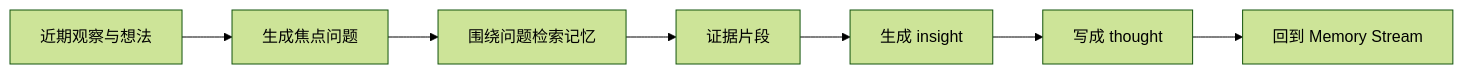
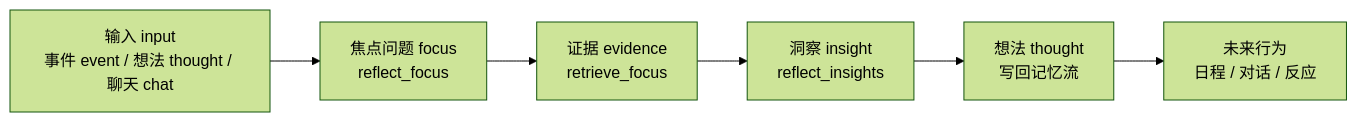
Before and after one commit to tbkken/GenerativeAgentsCN: the first of 2 diagrams in docs/book/manuscript/part_01/chapter_07.md, drawn with Mermaid (forest theme). The commit also changed other lines of this file and 16 other files, not shown here.

````diff
--- a/docs/book/manuscript/part_01/chapter_07.md
+++ b/docs/book/manuscript/part_01/chapter_07.md
@@ -18,9 +56,8 @@
 ```mermaid
 flowchart LR
-    Obs["近期观察与想法"] --> Focus["生成焦点问题"]
-    Focus --> Retrieve["围绕问题检索记忆"]
-    Retrieve --> Evidence["证据片段"]
-    Evidence --> Insight["生成 insight"]
-    Insight --> Thought["写成 thought"]
-    Thought --> Memory["回到 Memory Stream"]
+    Input["输入 input<br/>事件 event / 想法 thought / 聊天 chat"] --> Focus["焦点问题 focus<br/>reflect_focus"]
+    Focus --> Evidence["证据 evidence<br/>retrieve_focus"]
+    Evidence --> Insight["洞察 insight<br/>reflect_insights"]
+    Insight --> Thought["想法 thought<br/>写回记忆流"]
+    Thought --> Future["未来行为<br/>日程 / 对话 / 反应"]
 ```
````
